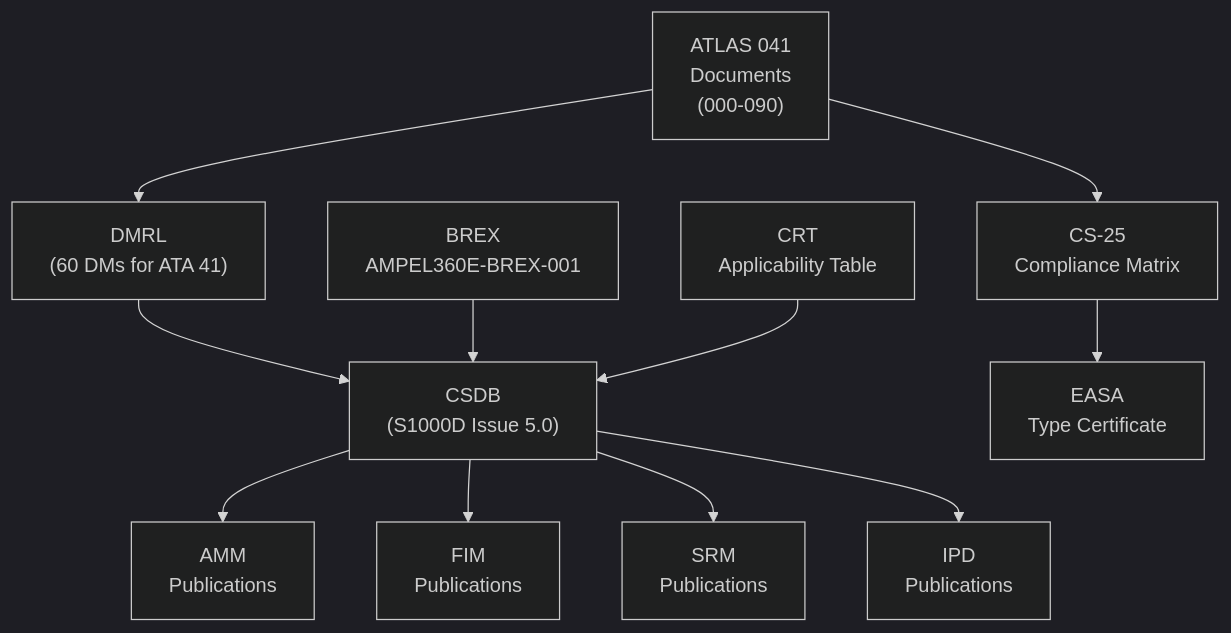
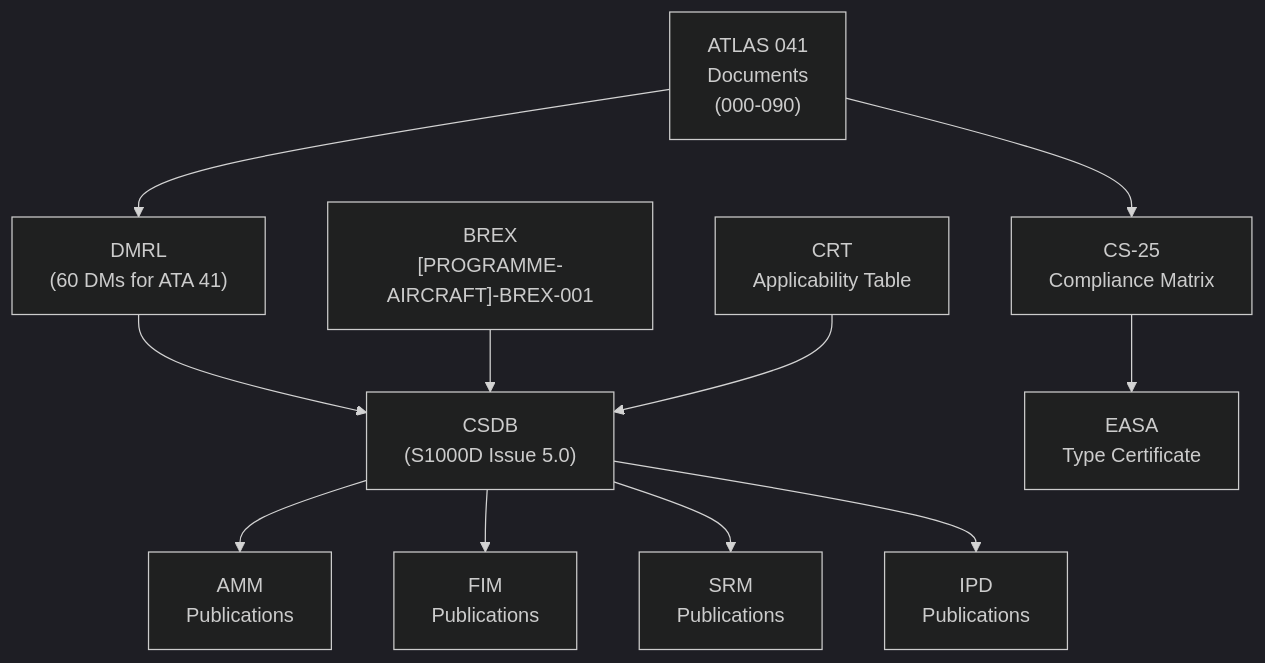
Before and after one commit to AmedeoPelliccia/Qplus-For-All-Queer-People-and-Quantum: the first of 3 diagrams in Q+ATLANTIDE/000-099_ATLAS/040-049_Avionica-Informacion-y-APU/041_Water-Ballast/041-090-S1000D-CSDB-Mapping-and-Traceability.md, drawn with Mermaid (dark theme). The commit also changed other lines of this file and 676 other files, not shown here.

First line of the commit message:
feat: de-programmatize all ATLAS standard files — remove AMPEL360E/eWTW programme content

````diff
--- a/Q+ATLANTIDE/000-099_ATLAS/040-049_Avionica-Informacion-y-APU/041_Water-Ballast/041-090-S1000D-CSDB-Mapping-and-Traceability.md
+++ b/Q+ATLANTIDE/000-099_ATLAS/040-049_Avionica-Informacion-y-APU/041_Water-Ballast/041-090-S1000D-CSDB-Mapping-and-Traceability.md
@@ -117,36 +119,36 @@
 ```mermaid
 graph TB
     ATLAS041["ATLAS 041
 Documents
 (000-090)"]
     DMRL["DMRL
 (60 DMs for ATA 41)"]
     CSDB["CSDB
 (S1000D Issue 5.0)"]
     BREX["BREX
-AMPEL360E-BREX-001"]
+[PROGRAMME-AIRCRAFT]-BREX-001"]
     CRT["CRT
 Applicability Table"]
     AMM["AMM
 Publications"]
     FIM["FIM
 Publications"]
     SRM["SRM
 Publications"]
     IPD["IPD
 Publications"]
     CS25["CS-25
 Compliance Matrix"]
     EASA["EASA
 Type Certificate"]
 
     ATLAS041 --> DMRL --> CSDB
     BREX --> CSDB
     CRT --> CSDB
     CSDB --> AMM
     CSDB --> FIM
     CSDB --> SRM
     CSDB --> IPD
     CS25 --> EASA
     ATLAS041 --> CS25
 ```
````
